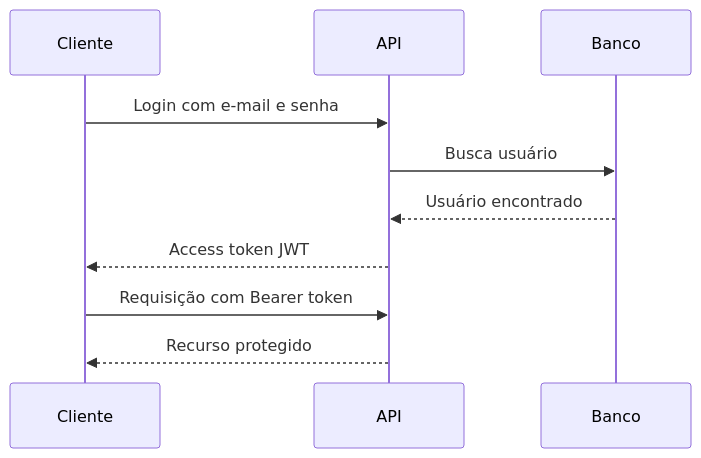
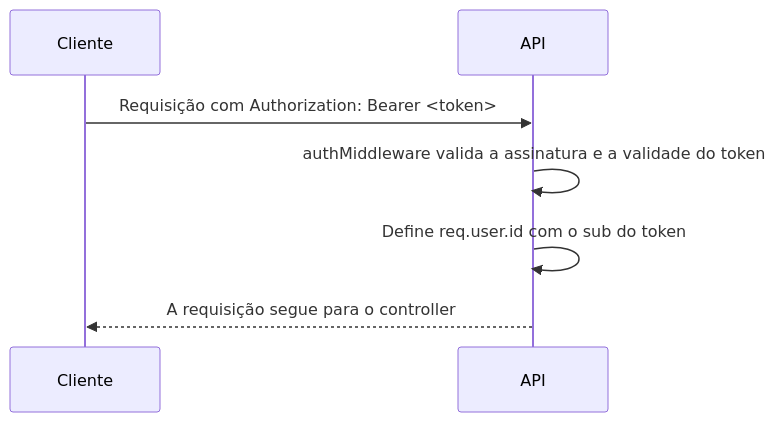
One commit to lucas-bretzke/bext_teste changed the second of 2 diagrams in docs/architecture/auth-flow.md. Above: the diagram before and after it, drawn with Mermaid. The commit also changed other lines of this file and 6 other files, not shown here.

Commit message:
feat: enhance architecture documentation, implement authentication flow, and add integration and unit tests for task and list management

````diff
--- a/docs/architecture/auth-flow.md
+++ b/docs/architecture/auth-flow.md
@@ -5,13 +32,10 @@
 ```mermaid
 sequenceDiagram
   participant C as Cliente
   participant A as API
-  participant D as Banco
 
-  C->>A: Login com e-mail e senha
-  A->>D: Busca usuário
-  D-->>A: Usuário encontrado
-  A-->>C: Access token JWT
-  C->>A: Requisição com Bearer token
-  A-->>C: Recurso protegido
+  C->>A: Requisição com Authorization: Bearer <token>
+  A->>A: authMiddleware valida a assinatura e a validade do token
+  A->>A: Define req.user.id com o sub do token
+  A-->>C: A requisição segue para o controller
 ```
````
